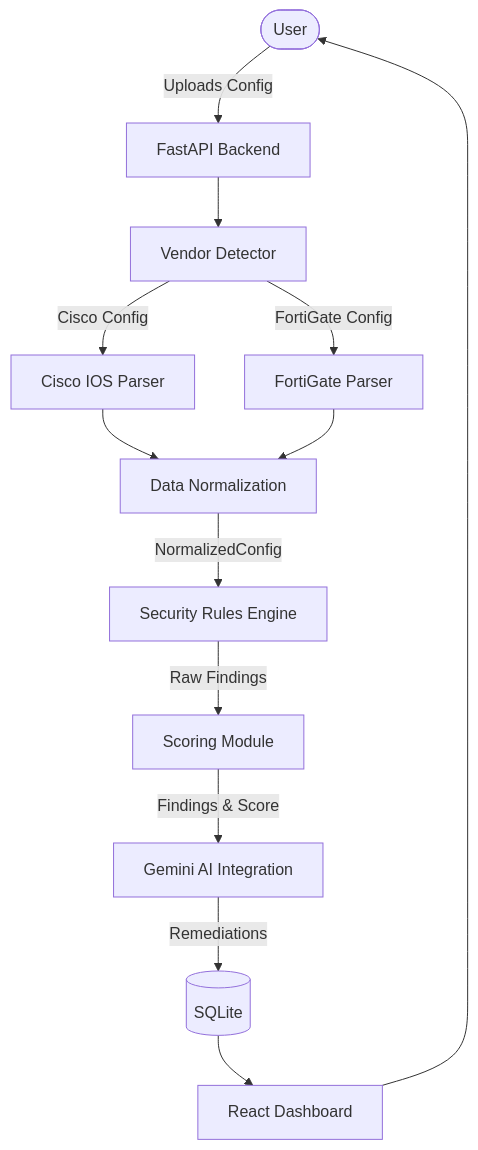
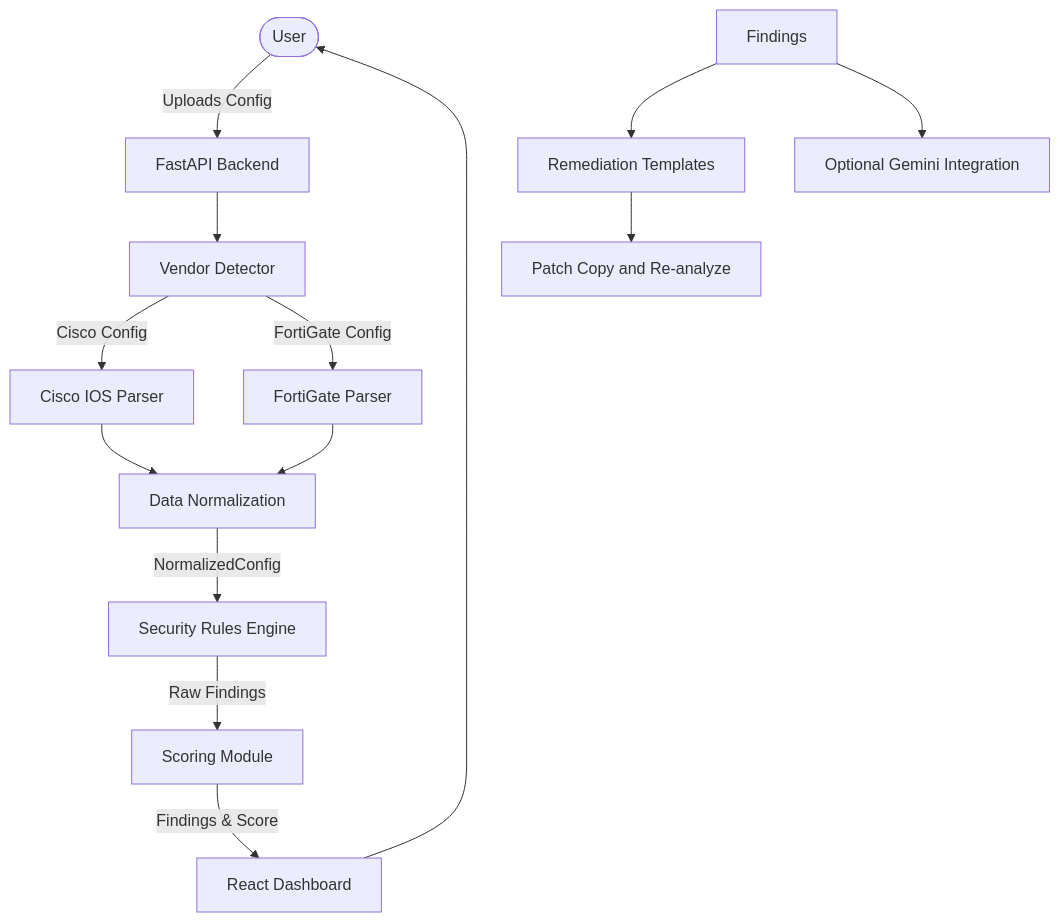
The diagram in docs/architecture.md (astrilo-monk/sih-26155), drawn with Mermaid before and after one commit. The commit also changed other lines of this file and 15 other files, not shown here.

````diff
--- a/docs/architecture.md
+++ b/docs/architecture.md
@@ -21,19 +22,19 @@
 ```mermaid
 flowchart TD
     User([User]) --> |Uploads Config| API[FastAPI Backend]
     API --> Detector[Vendor Detector]
     Detector --> |Cisco Config| CiscoParser[Cisco IOS Parser]
     Detector --> |FortiGate Config| FortiParser[FortiGate Parser]
     
     CiscoParser --> Normalizer[Data Normalization]
     FortiParser --> Normalizer
     
     Normalizer --> |NormalizedConfig| RulesEngine[Security Rules Engine]
     RulesEngine --> |Raw Findings| Scorer[Scoring Module]
     
-    Scorer --> |Findings & Score| AILayer[Gemini AI Integration]
-    AILayer --> |Remediations| DB[(SQLite)]
-    
-    DB --> Frontend[React Dashboard]
+    Scorer --> |Findings & Score| Frontend[React Dashboard]
+    Findings --> Templates[Remediation Templates]
+    Templates --> Verify[Patch Copy and Re-analyze]
+    Findings --> AILayer[Optional Gemini Integration]
     Frontend --> User
 ```
````
